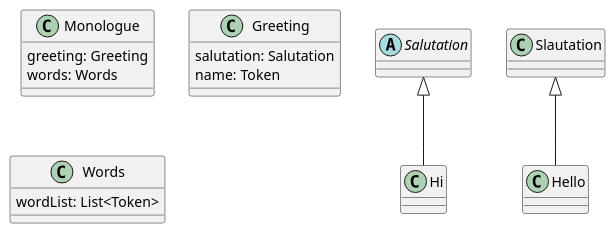
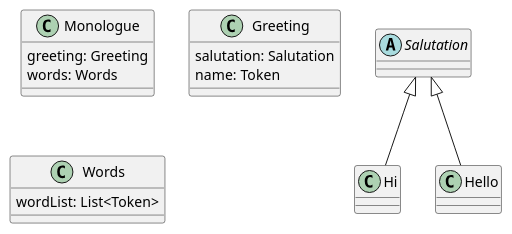
The diagram in docs/language-guide/syntactic.md (ourPLCC/plcc-ng), drawn with PlantUML before and after one commit. The commit also changed 6 other files, not shown here.

````diff
--- a/docs/language-guide/syntactic.md
+++ b/docs/language-guide/syntactic.md
@@ -55,21 +55,21 @@
 ```plantuml
 @startuml
 class Monologue {
     greeting: Greeting
     words: Words
 }
 class Greeting {
     salutation: Salutation
     name: Token
 }
 
 abstract class Salutation { }
 
 class Hi extends Salutation { }
-class Hello extends Slautation { }
+class Hello extends Salutation { }
 
 class Words {
     wordList: List<Token>
 }
 @enduml
 ```
````
